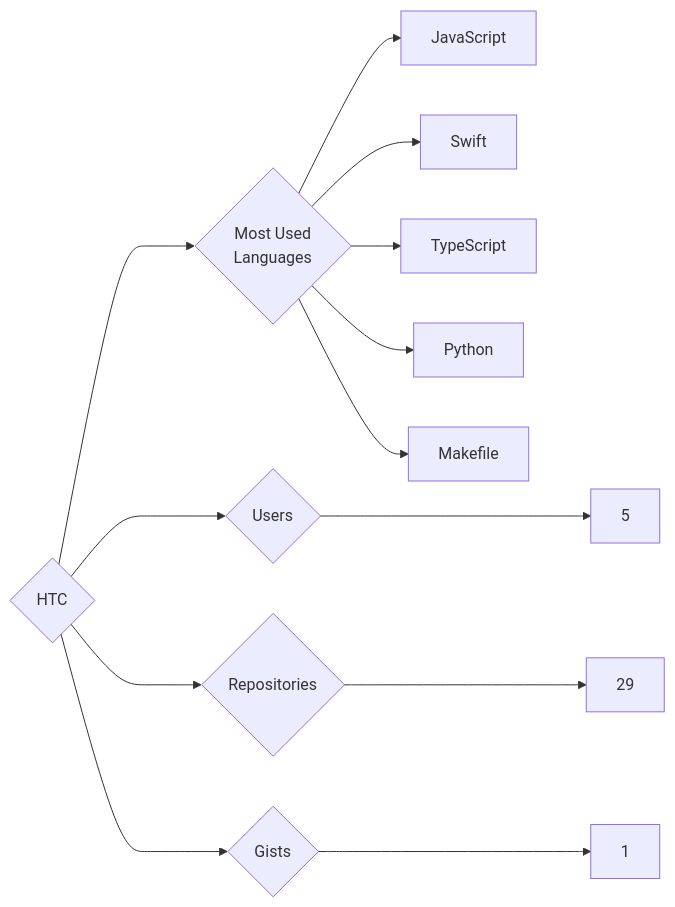
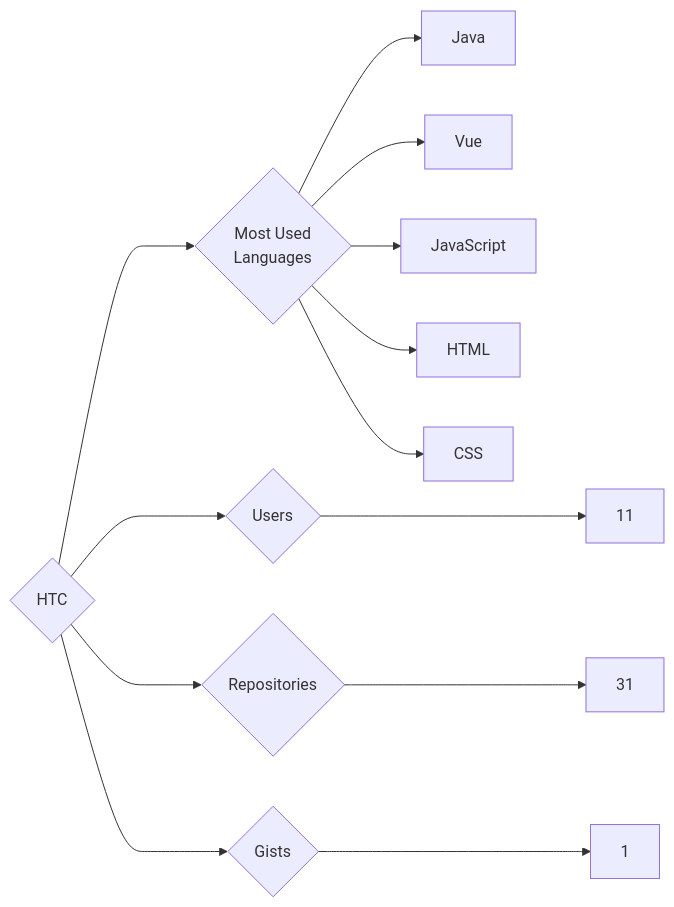
The diagram in targets/HTC/README.md (trickest/insiders), drawn with Mermaid before and after one commit. The commit also changed 783 other files, not shown here.

````diff
--- a/targets/HTC/README.md
+++ b/targets/HTC/README.md
@@ -3,13 +3,13 @@
 ```mermaid
 graph LR
 COMPANY_NAME{HTC}
-COMPANY_NAME ---> U{Users} ---> UN[5]
-COMPANY_NAME ---> R{Repositories} ---> RN[29]
+COMPANY_NAME ---> U{Users} ---> UN[11]
+COMPANY_NAME ---> R{Repositories} ---> RN[31]
 COMPANY_NAME ---> G{Gists} ---> GN[1]
 COMPANY_NAME ---> ML{Most Used<br>Languages}
+ML --> Java[Java]
+ML --> Vue[Vue]
 ML --> JavaScript[JavaScript]
-ML --> Swift[Swift]
-ML --> TypeScript[TypeScript]
-ML --> Python[Python]
-ML --> Makefile[Makefile]
+ML --> HTML[HTML]
+ML --> CSS[CSS]
 ```
````
